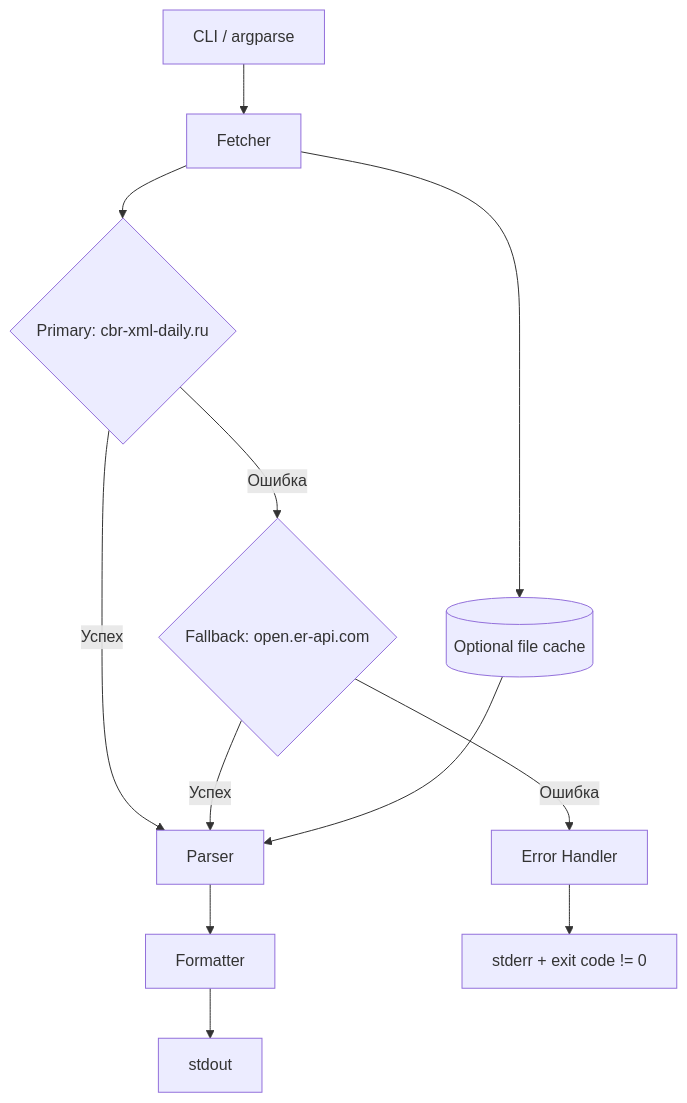
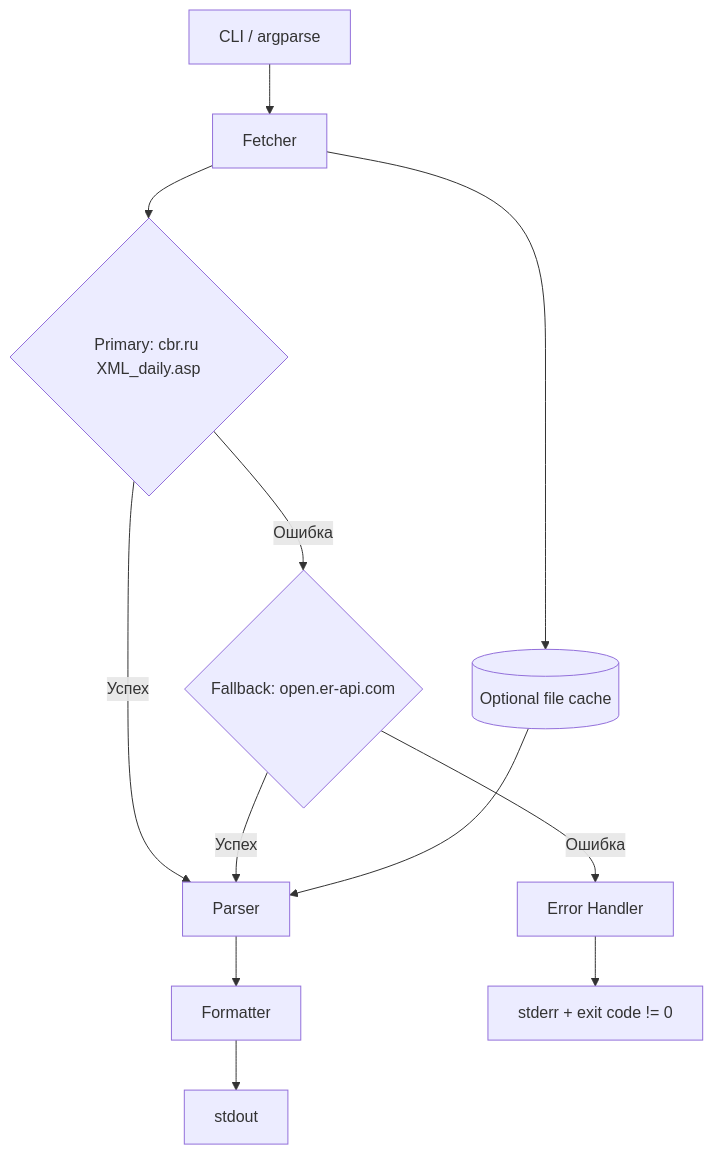
One commit to vebster88/accounts-helper changed the diagram in projects/usd-rub-rate/hld.md. Above: the diagram before and after it, drawn with Mermaid. The commit also changed other lines of this file and 2 other files, not shown here.

````diff
--- a/projects/usd-rub-rate/hld.md
+++ b/projects/usd-rub-rate/hld.md
@@ -16,14 +16,14 @@
 ```mermaid
 flowchart TD
     A[CLI / argparse] --> B[Fetcher]
-    B --> C{Primary: cbr-xml-daily.ru}
+    B --> C{Primary: cbr.ru XML_daily.asp}
     C -- Успех --> D[Parser]
     C -- Ошибка --> E{Fallback: open.er-api.com}
     E -- Успех --> D
     E -- Ошибка --> F[Error Handler]
     D --> G[Formatter]
     G --> H[stdout]
     F --> I[stderr + exit code != 0]
     B --> J[(Optional file cache)]
     J --> D
 ```
````
